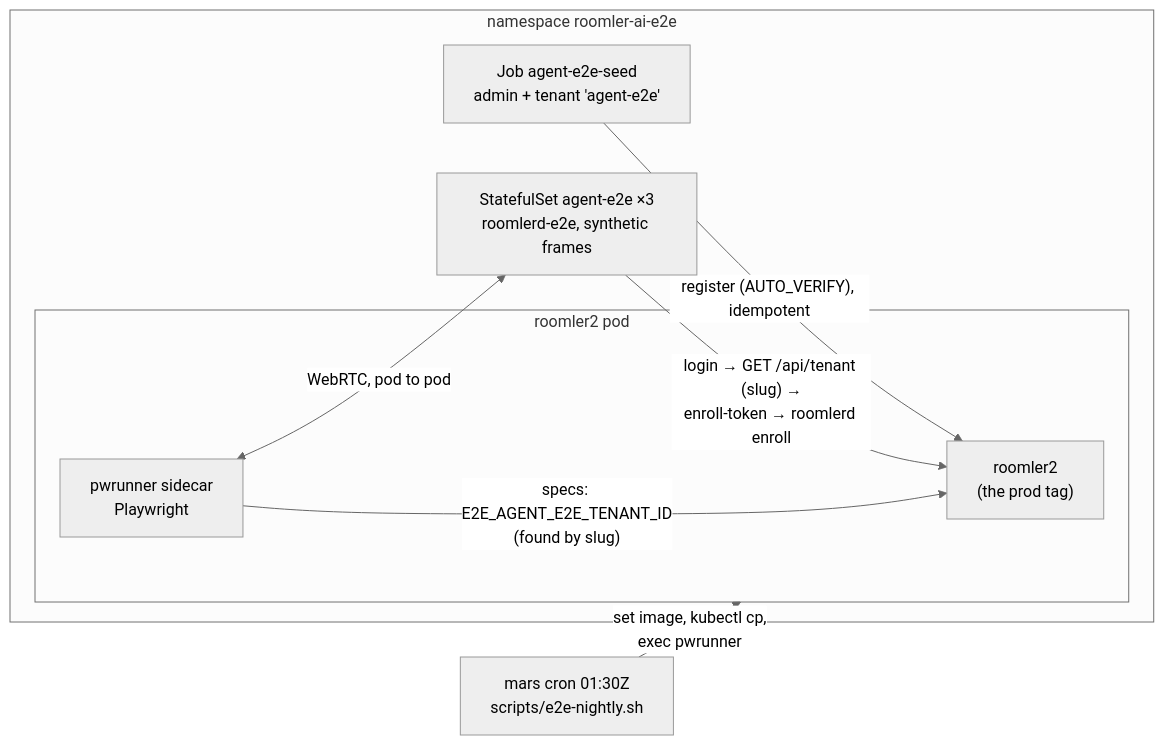
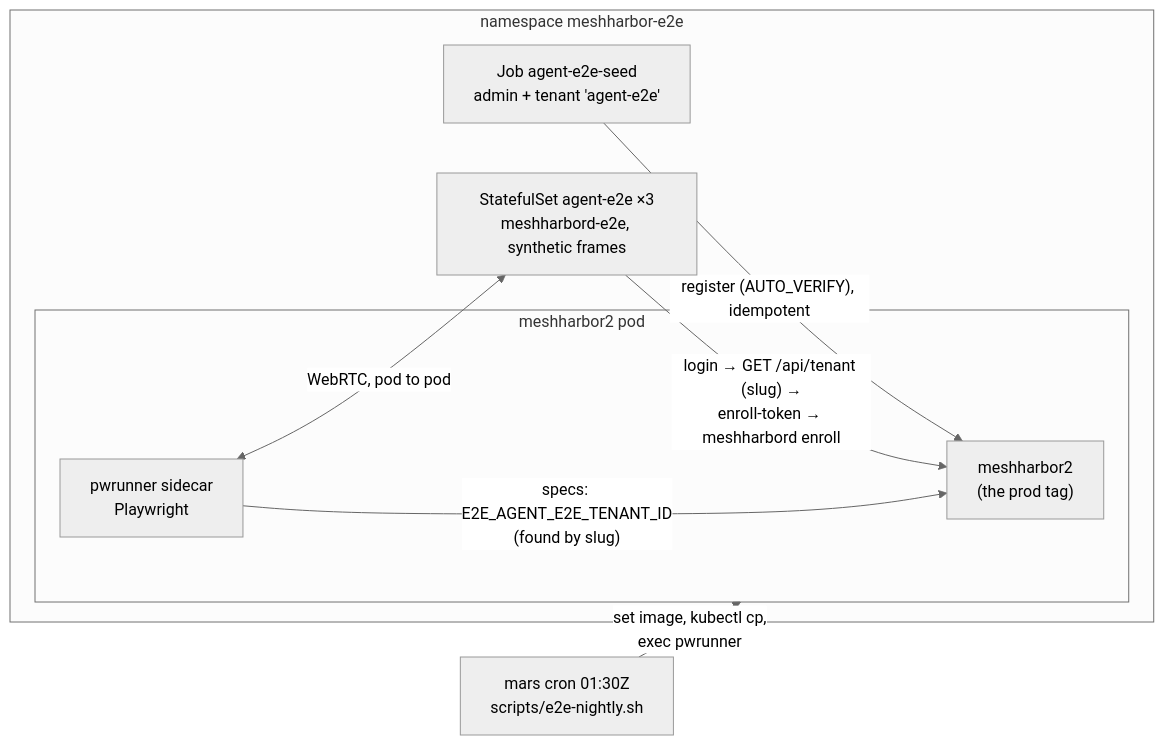
The diagram in docs/fr/FR-114-agent-e2e-lane-runs-nightly.md (jk-zhang-meta/MeshHarbor), drawn with Mermaid (neutral theme) before and after one commit. The commit also changed other lines of this file and 682 other files, not shown here.

````diff
--- a/docs/fr/FR-114-agent-e2e-lane-runs-nightly.md
+++ b/docs/fr/FR-114-agent-e2e-lane-runs-nightly.md
@@ -28,16 +28,16 @@
 ```mermaid
 flowchart LR
-  subgraph ns["namespace roomler-ai-e2e"]
-    subgraph pod["roomler2 pod"]
-      app["roomler2<br/>(the prod tag)"]
+  subgraph ns["namespace meshharbor-e2e"]
+    subgraph pod["meshharbor2 pod"]
+      app["meshharbor2<br/>(the prod tag)"]
       pw["pwrunner sidecar<br/>Playwright"]
     end
     seed["Job agent-e2e-seed<br/>admin + tenant 'agent-e2e'"]
-    sts["StatefulSet agent-e2e ×3<br/>roomlerd-e2e, synthetic frames"]
+    sts["StatefulSet agent-e2e ×3<br/>meshharbord-e2e, synthetic frames"]
   end
   seed -->|"register (AUTO_VERIFY), idempotent"| app
-  sts -->|"login → GET /api/tenant (slug) →<br/>enroll-token → roomlerd enroll"| app
+  sts -->|"login → GET /api/tenant (slug) →<br/>enroll-token → meshharbord enroll"| app
   pw -->|"specs: E2E_AGENT_E2E_TENANT_ID<br/>(found by slug)"| app
   pw <-->|"WebRTC, pod to pod"| sts
   cron["mars cron 01:30Z<br/>scripts/e2e-nightly.sh"] -->|"set image, kubectl cp,<br/>exec pwrunner"| pod
 ```
````
